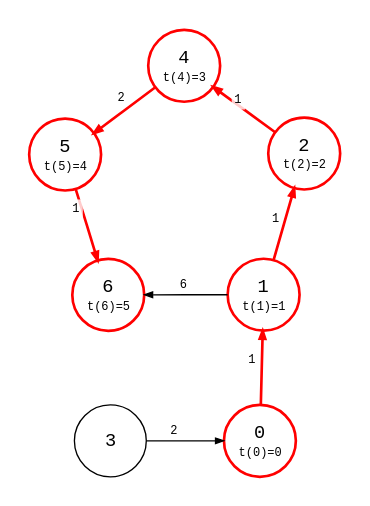
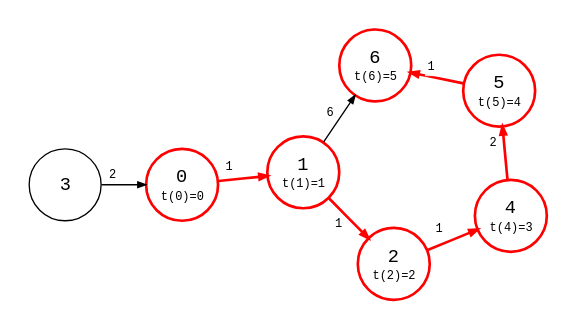
Before and after one commit to bsdrks/graaf-images: the diagram in src/dijkstra_1-0.87.4.dot, drawn with Graphviz. The commit also changed 69 other files, not shown here.

```diff
--- a/src/dijkstra_1-0.87.4.dot
+++ b/src/dijkstra_1-0.87.4.dot
@@ -1,191 +1,190 @@
 digraph {
     node [shape=circle, fontname="monospace", fixedsize=true, width="0.75"];
     edge [arrowsize=0.6, fontname="monospace", fontsize=9];
     layout=neato;
-    scale=1.4;
+    mode="sgd";
+    scale=1.2;
     normalize=true;
-    maxiter=10000;
+    maxiter=100000;
     pad=0.2;
     splines=line
 
     3 [color="#bbb", fontcolor="#bbb"];
     0, 1, 2, 4, 5, 6 [style=bold, color=red];
 
     0 [
         label=<
             <table border="0" cellpadding="1" cellspacing="0">
                 <tr>
                     <td>0</td>
                 </tr>
                 <tr>
                     <td><font point-size="9">t(0)=0</font></td>
                 </tr>
             </table>
         >;
         color=red;
         style=bold
     ];
 
     1 [
         label=<
             <table border="0" cellpadding="1" cellspacing="0">
                 <tr>
                     <td>1</td>
                 </tr>
                 <tr>
                     <td><font point-size="9">t(1)=1</font></td>
                 </tr>
             </table>
         >;
         color=red;
         style=bold
     ];
 
     2 [
         label=<
             <table border="0" cellpadding="1" cellspacing="0">
                 <tr>
                     <td>2</td>
                 </tr>
                 <tr>
                     <td><font point-size="9">t(2)=2</font></td>
                 </tr>
             </table>
         >;
     ];
 
     3 [
         label=<
             <table border="0" cellpadding="1" cellspacing="0">
                 <tr>
                     <td>3</td>
                 </tr>
             </table>
         >;
     ];
 
     4 [
         label=<
             <table border="0" cellpadding="1" cellspacing="0">
                 <tr>
                     <td>4</td>
                 </tr>
                 <tr>
                     <td><font point-size="9">t(4)=3</font></td>
                 </tr>
             </table>
         >;
     ];
 
     5 [
         label=<
             <table border="0" cellpadding="1" cellspacing="0">
                 <tr>
                     <td>5</td>
                 </tr>
                 <tr>
                     <td><font point-size="9">t(5)=4</font></td>
                 </tr>
             </table>
         >;
     ];
 
     6 [
         label=<
             <table border="0" cellpadding="1" cellspacing="0">
                 <tr>
                     <td>6</td>
                 </tr>
                 <tr>
                     <td><font point-size="9">t(6)=5</font></td>
                 </tr>
             </table>
         >;
     ];
 
     0 -> 1 [
         color=red;
         style=bold;
         label=<
             <table border="0" cellpadding="2" cellspacing="2">
                 <tr>
                     <td>1</td>
                 </tr>
             </table>
         >
     ];
 
     1 -> 2 [
         style=bold; 
         color=red; 
         label=<
             <table border="0" cellpadding="2" cellspacing="0">
                 <tr>
                     <td>1</td>
                 </tr>
             </table>
         >
     ];
 
     1 -> 6 [
         color="#bbb";
         fontcolor="#bbb";
         label=<
             <table border="0" cellpadding="2" cellspacing="0">
                 <tr>
                     <td>6</td>
                 </tr>
             </table>
         >
     ];
 
     2 -> 4 [
         style=bold; 
         color=red; 
         label=<
             <table border="0" cellpadding="2" cellspacing="2">
                 <tr>
                     <td bgcolor="#ffffffcc">1</td>
                 </tr>
             </table>
         >
     ];
 
     3 -> 0 [
         color="#bbb";
         fontcolor="#bbb";
         label=<
             <table border="0" cellpadding="2" cellspacing="0">
                 <tr>
                     <td>2</td>
                 </tr>
             </table>
         >
     ];
 
     4 -> 5 [
         style=bold; 
         color=red; 
         label=<
-            <table border="0" cellpadding="2" cellspacing="0">
+            <table border="0" cellpadding="3" cellspacing="3">
                 <tr>
                     <td>2</td>
                 </tr>
             </table>
         >
     ];
 
     5 -> 6 [
         style=bold; 
         color=red; 
         label=<
             <table border="0" cellpadding="2" cellspacing="2">
                 <tr>
                     <td bgcolor="#ffffffcc">1</td>
                 </tr>
             </table>
         >
     ];
-
-    6 -> 3 [style=invis];
 }
```
